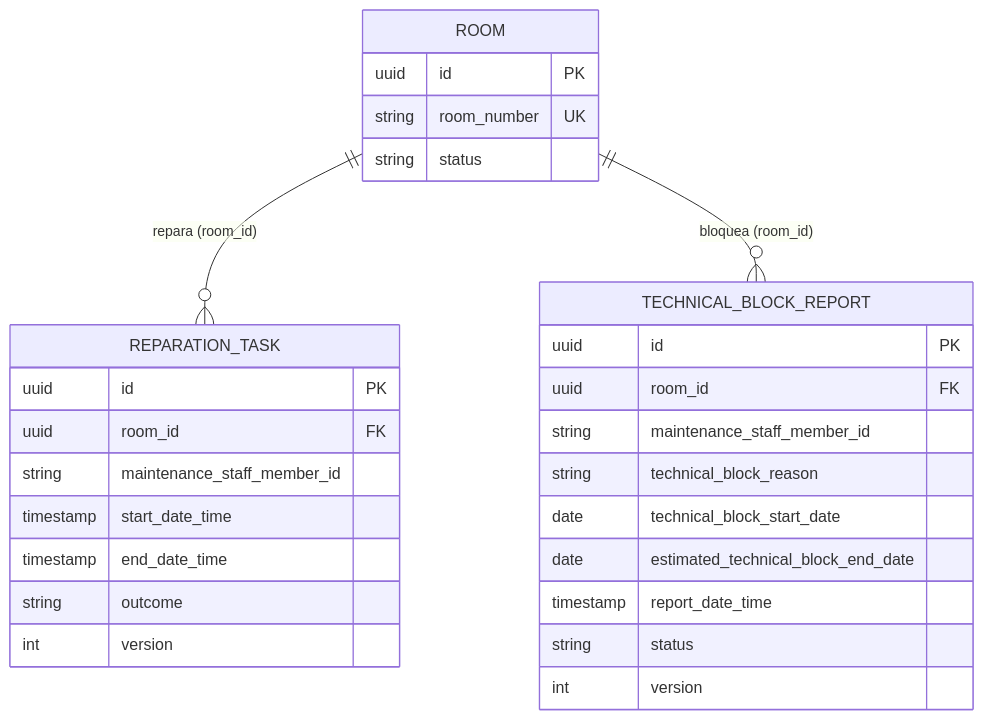
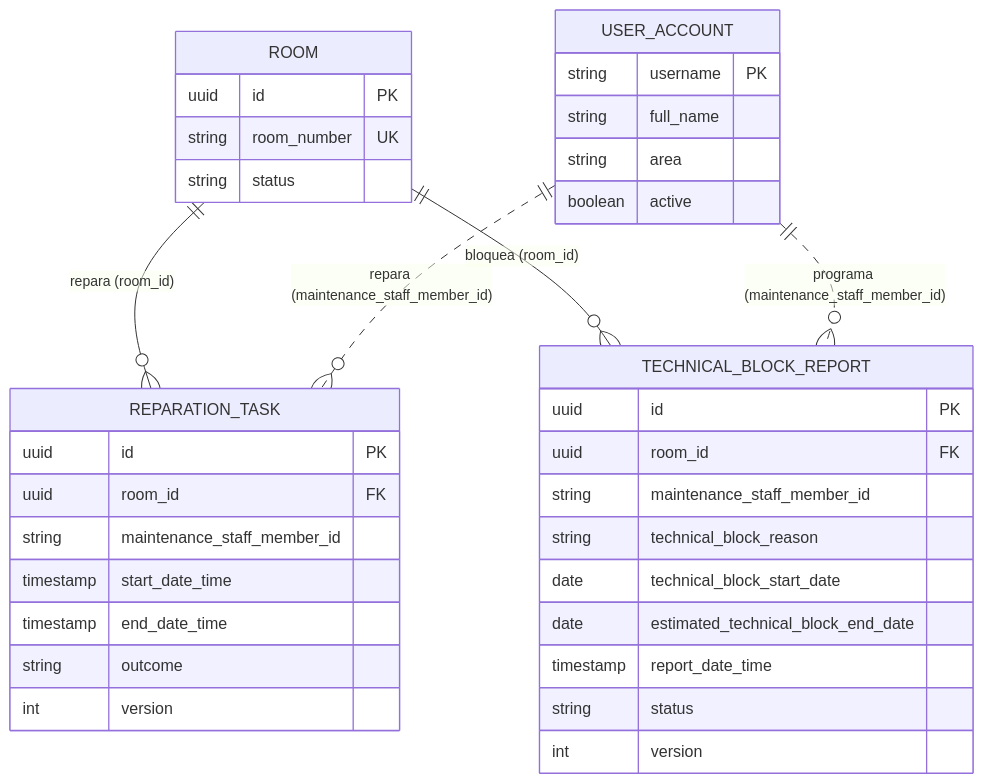
Before and after one commit to MirianMarriaga/hospitua-module-1: the fourth of 7 diagrams in documentos/diagramas/entidad-relacion.md, drawn with Mermaid. The commit also changed other lines of this file and 23 other files, not shown here.

Commit message:
docs: corregir inconsistencias entre planes, specs, diagramas y configuración

````diff
--- a/documentos/diagramas/entidad-relacion.md
+++ b/documentos/diagramas/entidad-relacion.md
@@ -163,33 +167,42 @@
 ```mermaid
 erDiagram
   ROOM ||--o{ REPARATION_TASK        : "repara (room_id)"
   ROOM ||--o{ TECHNICAL_BLOCK_REPORT : "bloquea (room_id)"
+  USER_ACCOUNT ||..o{ REPARATION_TASK        : "repara (maintenance_staff_member_id)"
+  USER_ACCOUNT ||..o{ TECHNICAL_BLOCK_REPORT : "programa (maintenance_staff_member_id)"
 
   ROOM {
     uuid    id           PK
     string  room_number  UK
     string  status
   }
 
   REPARATION_TASK {
     uuid      id                           PK
     uuid      room_id                      FK
     string    maintenance_staff_member_id
     timestamp start_date_time
     timestamp end_date_time
     string    outcome
     int       version
   }
 
   TECHNICAL_BLOCK_REPORT {
     uuid      id                               PK
     uuid      room_id                          FK
     string    maintenance_staff_member_id
     string    technical_block_reason
     date      technical_block_start_date
     date      estimated_technical_block_end_date
     timestamp report_date_time
     string    status
     int       version
   }
+
+  USER_ACCOUNT {
+    string  username  PK
+    string  full_name
+    string  area
+    boolean active
+  }
 ```
````
